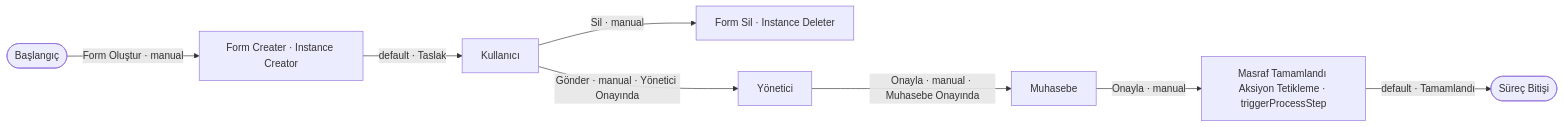
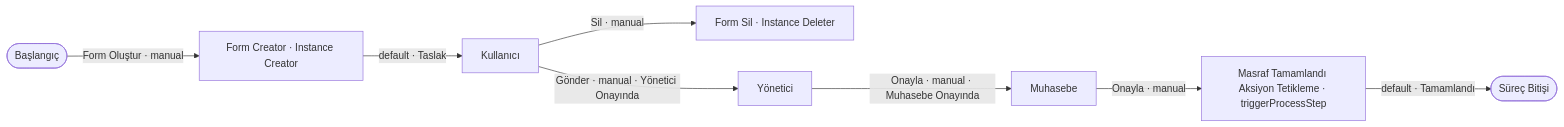
One commit to hiveteamsai/flovo-bpm-doc changed the diagram in bpmEngine/sampleProcess/expenseAndCreditCard/expenseForm.md. Above: the diagram before and after it, drawn with Mermaid. The commit also changed other lines of this file and 51 other files, not shown here.

````diff
--- a/bpmEngine/sampleProcess/expenseAndCreditCard/expenseForm.md
+++ b/bpmEngine/sampleProcess/expenseAndCreditCard/expenseForm.md
@@ -11,10 +11,10 @@
 ```mermaid
 flowchart LR
-  start([Başlangıç]) -->|Form Oluştur · manual| fc[Form Creater · Instance Creator]
+  start([Başlangıç]) -->|Form Oluştur · manual| fc[Form Creator · Instance Creator]
   fc -->|default · Taslak| user[Kullanıcı]
   user -->|Sil · manual| del[Form Sil · Instance Deleter]
   user -->|Gönder · manual · Yönetici Onayında| mgr[Yönetici]
   mgr -->|Onayla · manual · Muhasebe Onayında| acc[Muhasebe]
   acc -->|Onayla · manual| trig[Masraf Tamamlandı Aksiyon Tetikleme · triggerProcessStep]
   trig -->|default · Tamamlandı| son([Süreç Bitişi])
 ```
````
